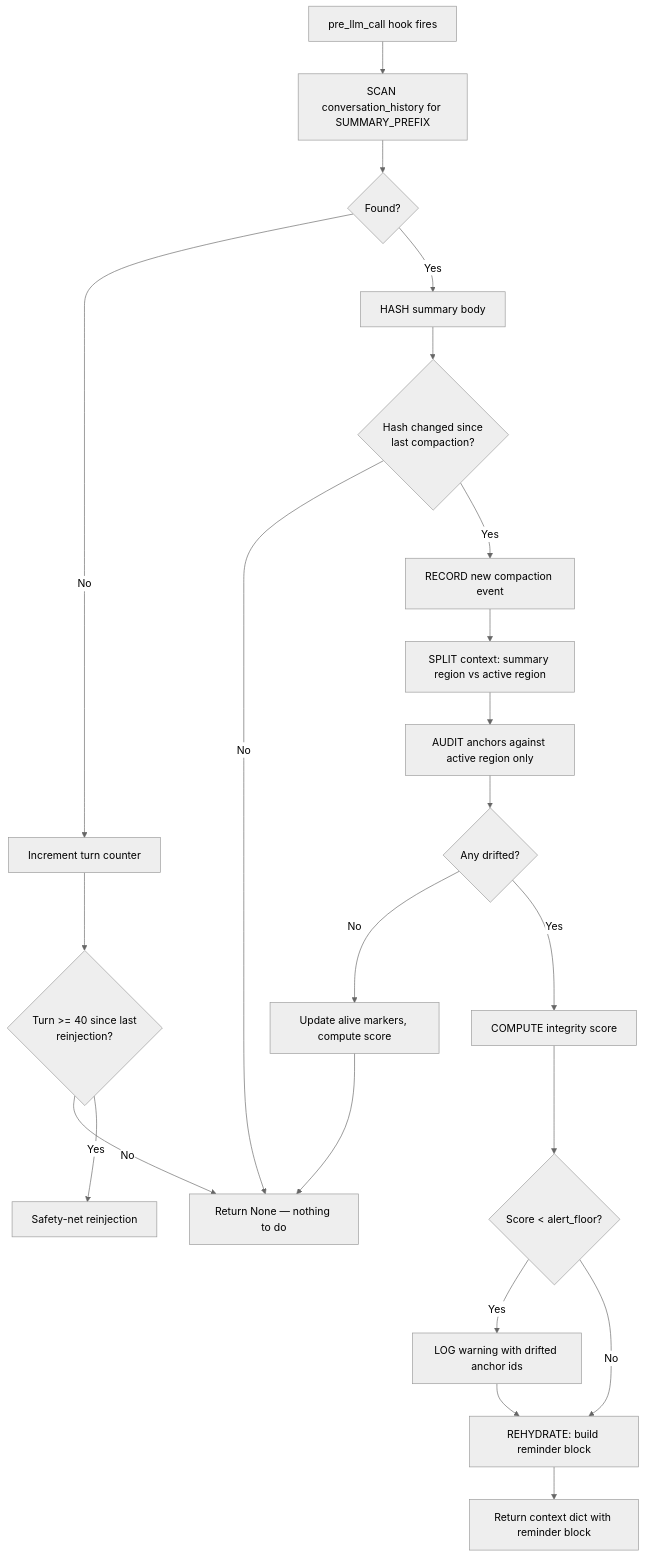
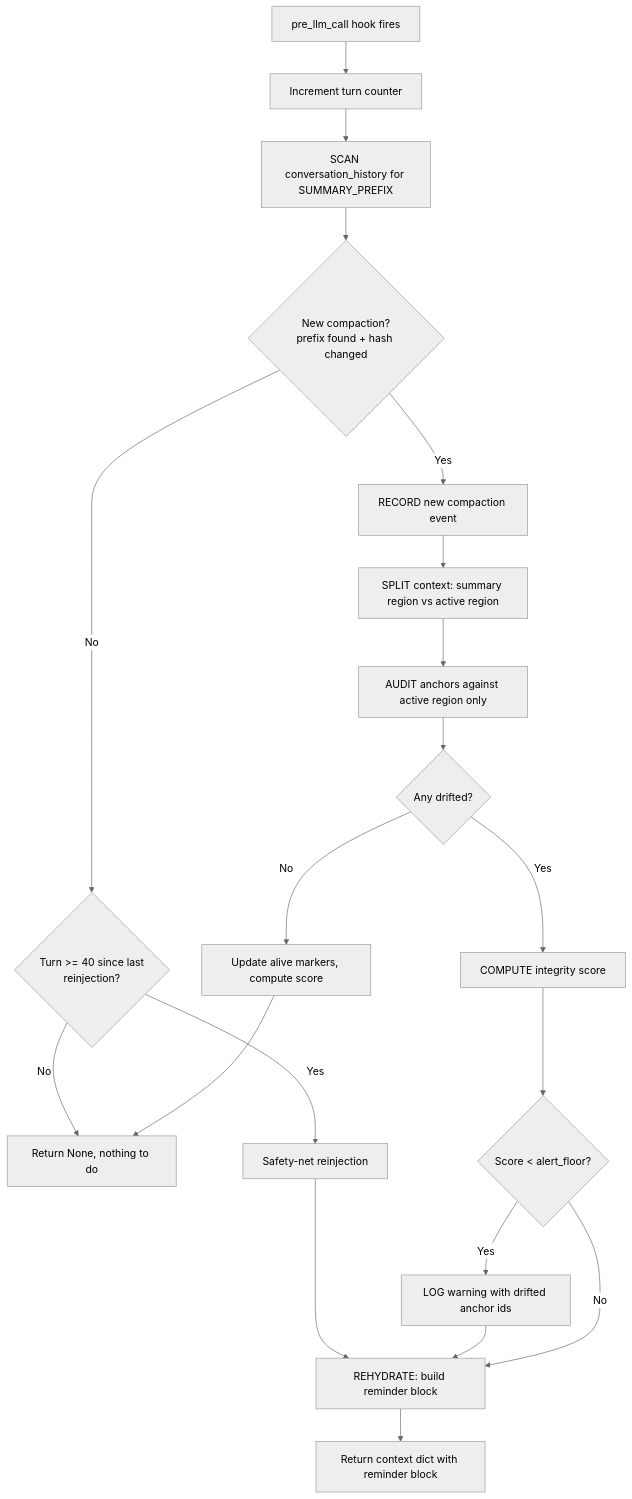
Before and after one commit to Sahil-SS9/hermes-memlock: the first of 2 diagrams in README.md, drawn with Mermaid (neutral theme). The commit also changed other lines of this file and 3 other files, not shown here.

````diff
--- a/README.md
+++ b/README.md
@@ -61,24 +109,22 @@
 ```mermaid
 flowchart TD
-    A[pre_llm_call hook fires] --> B[SCAN conversation_history for SUMMARY_PREFIX]
-    B --> C{Found?}
-    C -->|No| D[Increment turn counter]
-    D --> E{Turn >= 40 since last<br>reinjection?}
-    E -->|No| F[Return None — nothing to do]
+    A[pre_llm_call hook fires] --> D[Increment turn counter]
+    D --> B[SCAN conversation_history for SUMMARY_PREFIX]
+    B --> C{New compaction?<br>prefix found + hash changed}
+    C -->|No| E{Turn >= 40 since last<br>reinjection?}
+    E -->|No| F[Return None, nothing to do]
     E -->|Yes| G[Safety-net reinjection]
-    C -->|Yes| H[HASH summary body]
-    H --> I{Hash changed since<br>last compaction?}
-    I -->|No| F
-    I -->|Yes| J[RECORD new compaction event]
+    G --> R
+    C -->|Yes| J[RECORD new compaction event]
     J --> K[SPLIT context: summary region vs active region]
     K --> L[AUDIT anchors against active region only]
     L --> M{Any drifted?}
     M -->|No| N[Update alive markers, compute score]
     N --> F
     M -->|Yes| O[COMPUTE integrity score]
     O --> P{Score < alert_floor?}
     P -->|Yes| Q[LOG warning with drifted anchor ids]
     Q --> R[REHYDRATE: build reminder block]
     P -->|No| R
     R --> S[Return context dict with reminder block]
 ```
````
